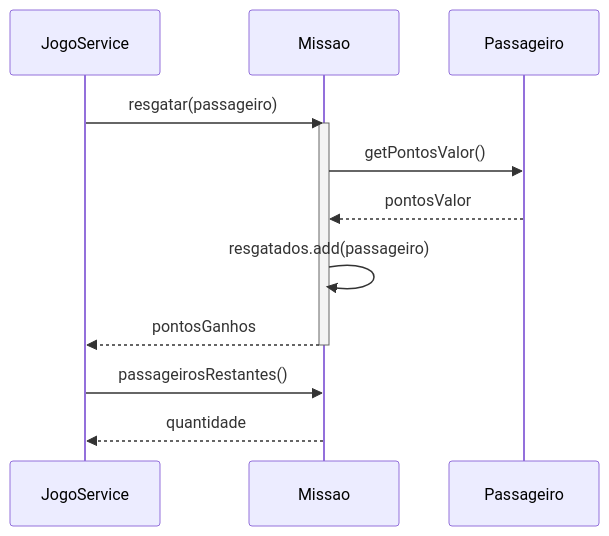
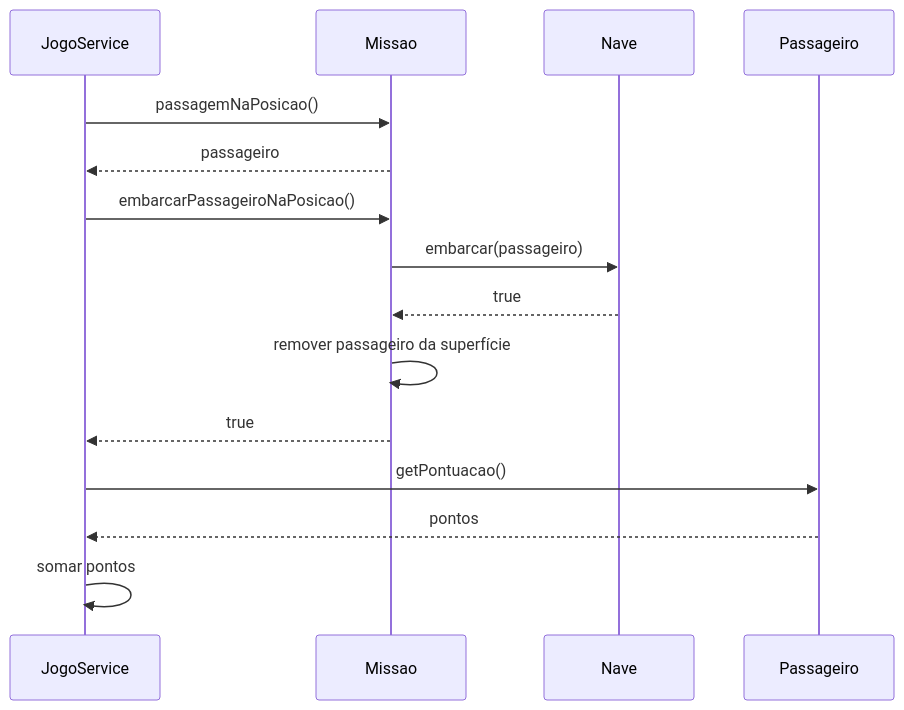
The diagram in apostilas-grasp/info-expert.md (marcelobezerra-dotcom/grasp-tutorial), drawn with Mermaid before and after one commit. The commit also changed other lines of this file and 70 other files, not shown here.

````diff
--- a/apostilas-grasp/info-expert.md
+++ b/apostilas-grasp/info-expert.md
@@ -58,17 +51,17 @@
 ```mermaid
 sequenceDiagram
-  participant JogoService
-  participant Missao
-  participant Passageiro
-
-  JogoService->>Missao: resgatar(passageiro)
-  activate Missao
-  Missao->>Passageiro: getPontosValor()
-  Passageiro-->>Missao: pontosValor
-  Missao->>Missao: resgatados.add(passageiro)
-  Missao-->>JogoService: pontosGanhos
-  deactivate Missao
-
-  JogoService->>Missao: passageirosRestantes()
-  Missao-->>JogoService: quantidade
+    participant JogoService
+    participant Missao
+    participant Nave
+    participant Passageiro
+    JogoService->>Missao: passagemNaPosicao()
+    Missao-->>JogoService: passageiro
+    JogoService->>Missao: embarcarPassageiroNaPosicao()
+    Missao->>Nave: embarcar(passageiro)
+    Nave-->>Missao: true
+    Missao->>Missao: remover passageiro da superfície
+    Missao-->>JogoService: true
+    JogoService->>Passageiro: getPontuacao()
+    Passageiro-->>JogoService: pontos
+    JogoService->>JogoService: somar pontos
 ```
````
